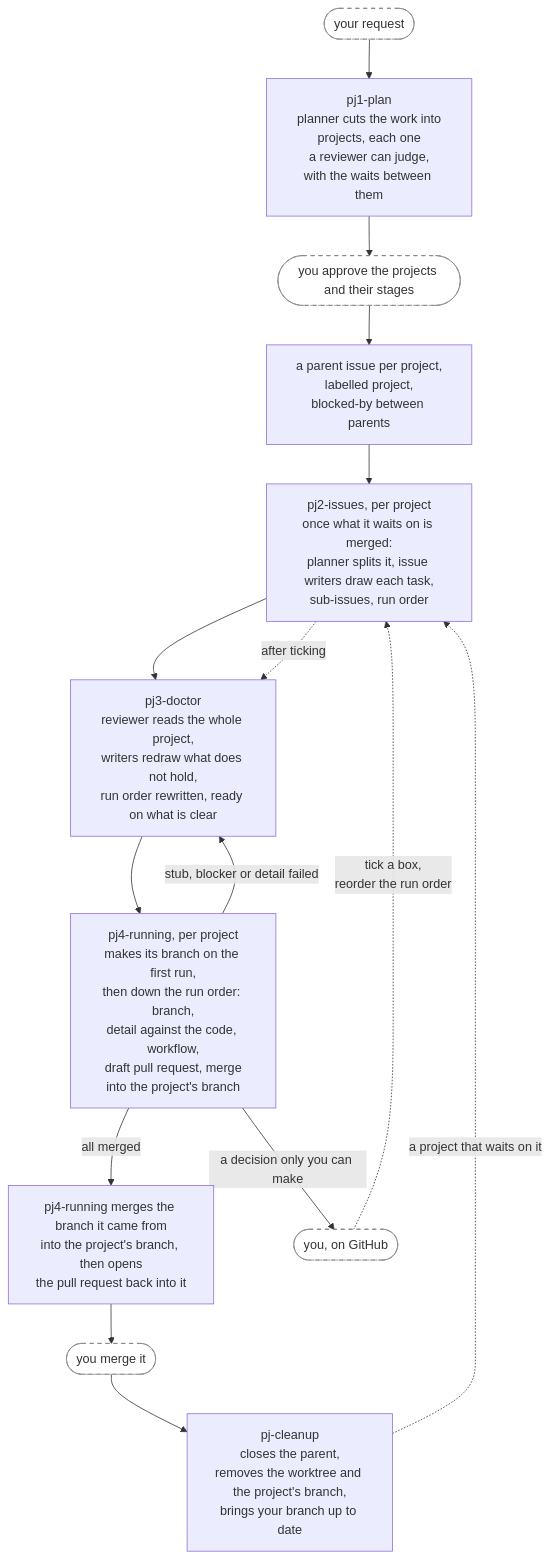
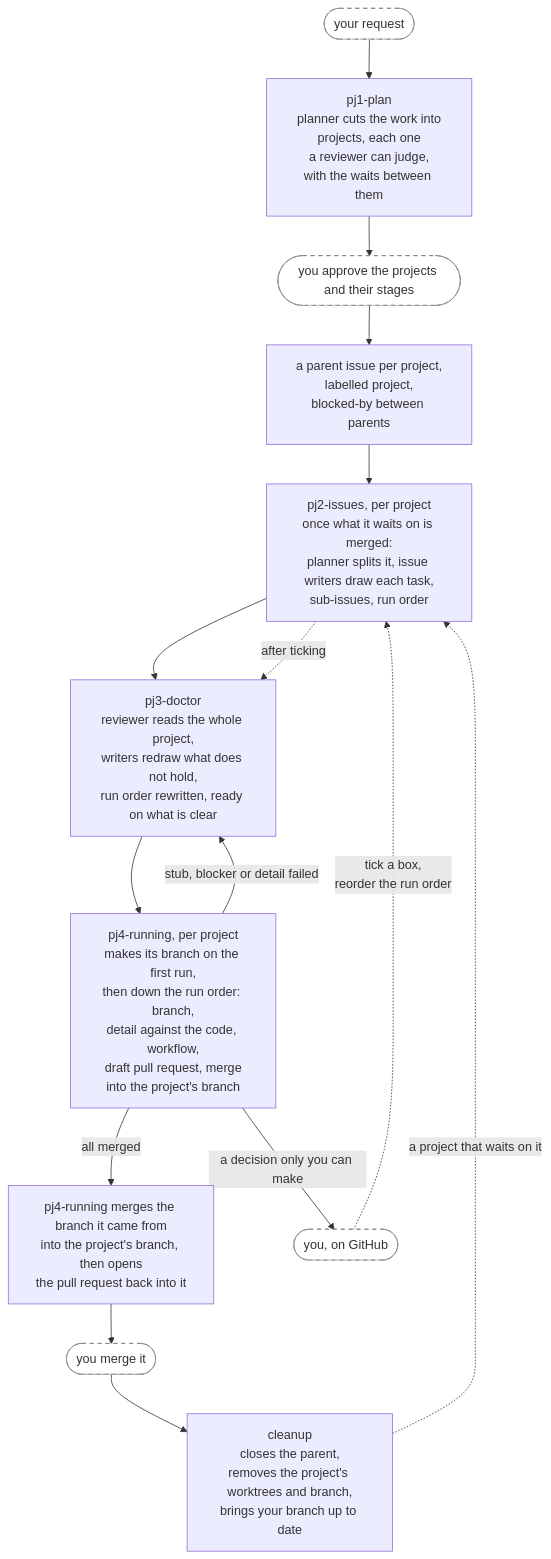
One commit to annetaan/claude-plugins changed the third of 4 diagrams in plugins/annetaan/README.md. Above: the diagram before and after it, drawn with Mermaid. The commit also changed other lines of this file and 19 other files, not shown here.

First line of the commit message:
Fold pj-cleanup into /annetaan:cleanup, which gathers and removes a merged project's worktrees

````diff
--- a/plugins/annetaan/README.md
+++ b/plugins/annetaan/README.md
@@ -327,19 +327,19 @@
 ```mermaid
 flowchart TD
     req(["your request"]) --> plan["pj1-plan<br/>planner cuts the work into<br/>projects, each one<br/>a reviewer can judge,<br/>with the waits between them"]
     plan --> approve(["you approve the projects and their stages"]) --> filed["a parent issue per project,<br/>labelled project,<br/>blocked-by between parents"]
     filed --> split["pj2-issues, per project<br/>once what it waits on is merged:<br/>planner splits it, issue writers draw each task,<br/>sub-issues, run order"]
     split --> doctor["pj3-doctor<br/>reviewer reads the whole project,<br/>writers redraw what does not hold,<br/>run order rewritten, ready on what is clear"]
     doctor --> run["pj4-running, per project<br/>makes its branch on the first run,<br/>then down the run order: branch,<br/>detail against the code, workflow,<br/>draft pull request, merge<br/>into the project's branch"]
     run -->|"stub, blocker or detail failed"| doctor
     run -->|"all merged"| pr["pj4-running merges the branch it came from<br/>into the project's branch, then opens<br/>the pull request back into it"]
-    pr --> done(["you merge it"]) --> cleanup["pj-cleanup<br/>closes the parent,<br/>removes the worktree and the project's branch,<br/>brings your branch up to date"]
+    pr --> done(["you merge it"]) --> cleanup["cleanup<br/>closes the parent,<br/>removes the project's worktrees and branch,<br/>brings your branch up to date"]
     cleanup -.->|"a project that waits on it"| split
 
     you(["you, on GitHub"]) -.->|"tick a box,<br/>reorder the run order"| split
     run -->|"a decision only you can make"| you
     split -.->|"after ticking"| doctor
 
     classDef human fill:#fff,stroke:#888,stroke-dasharray: 5 5
     class req,approve,you,done human
 ```
````
